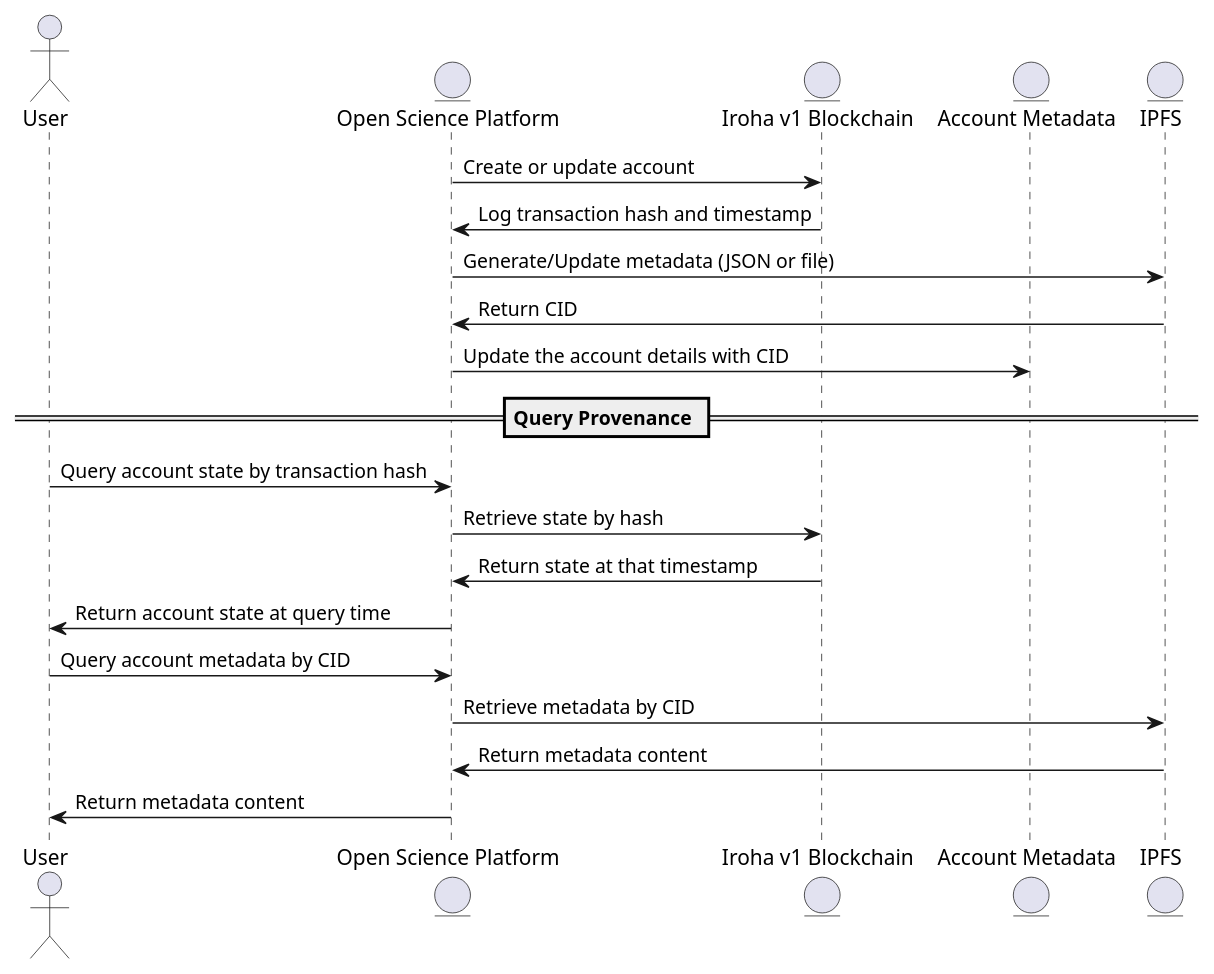
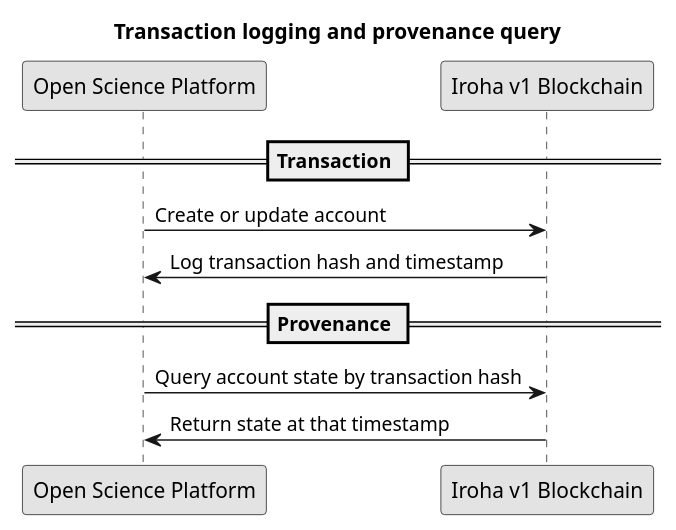
One commit to OliveiraEdu/d-OSP changed the diagram in diagrams/plantUML/provenance_timeline.wsd. Above: the diagram before and after it, drawn with PlantUML. The commit also changed 9 other files, not shown here.

```diff
--- a/diagrams/plantUML/provenance_timeline.wsd
+++ b/diagrams/plantUML/provenance_timeline.wsd
@@ -1,26 +1,20 @@
 @startuml
-actor User
-entity "Open Science Platform" as Platform
-entity "Iroha v1 Blockchain" as Iroha
-entity "Account Metadata" as AccountMetadata
-entity "IPFS" as IPFS
+
+skinparam monochrome true
+
+title Transaction logging and provenance query
+
+== Transaction ==
+
+participant "Open Science Platform" as Platform
+participant "Iroha v1 Blockchain" as Iroha
 
 Platform -> Iroha: Create or update account
 Iroha -> Platform: Log transaction hash and timestamp
-Platform -> IPFS: Generate/Update metadata (JSON or file)
-IPFS -> Platform: Return CID
-Platform -> AccountMetadata: Update the account details with CID
 
-== Query Provenance ==
+== Provenance ==
 
-User -> Platform: Query account state by transaction hash
-Platform -> Iroha: Retrieve state by hash
+Platform -> Iroha: Query account state by transaction hash
 Iroha -> Platform: Return state at that timestamp
-Platform -> User: Return account state at query time
-
-User -> Platform: Query account metadata by CID
-Platform -> IPFS: Retrieve metadata by CID
-IPFS -> Platform: Return metadata content
-Platform -> User: Return metadata content
 
 @enduml
```
